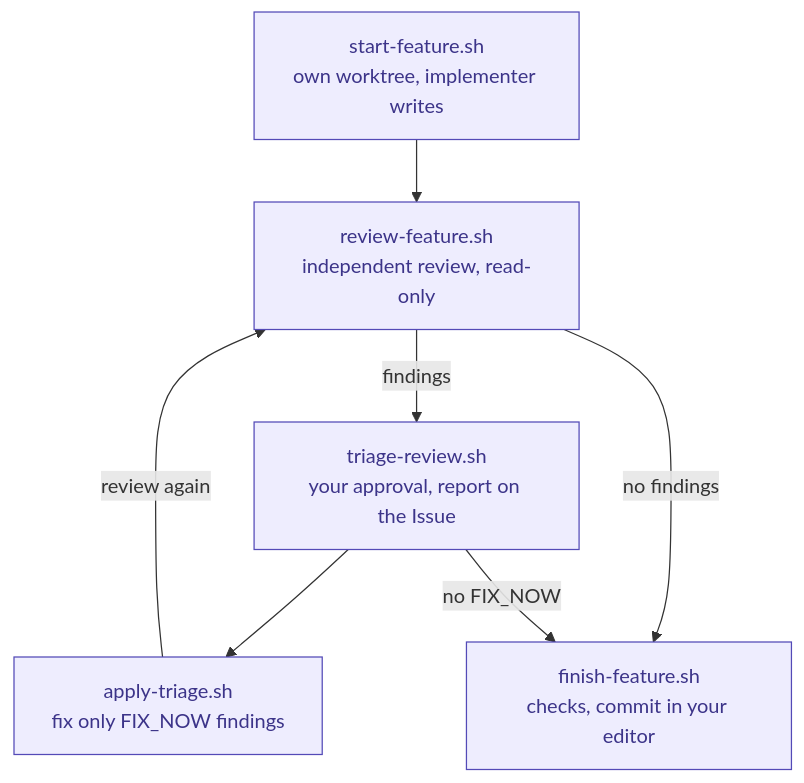
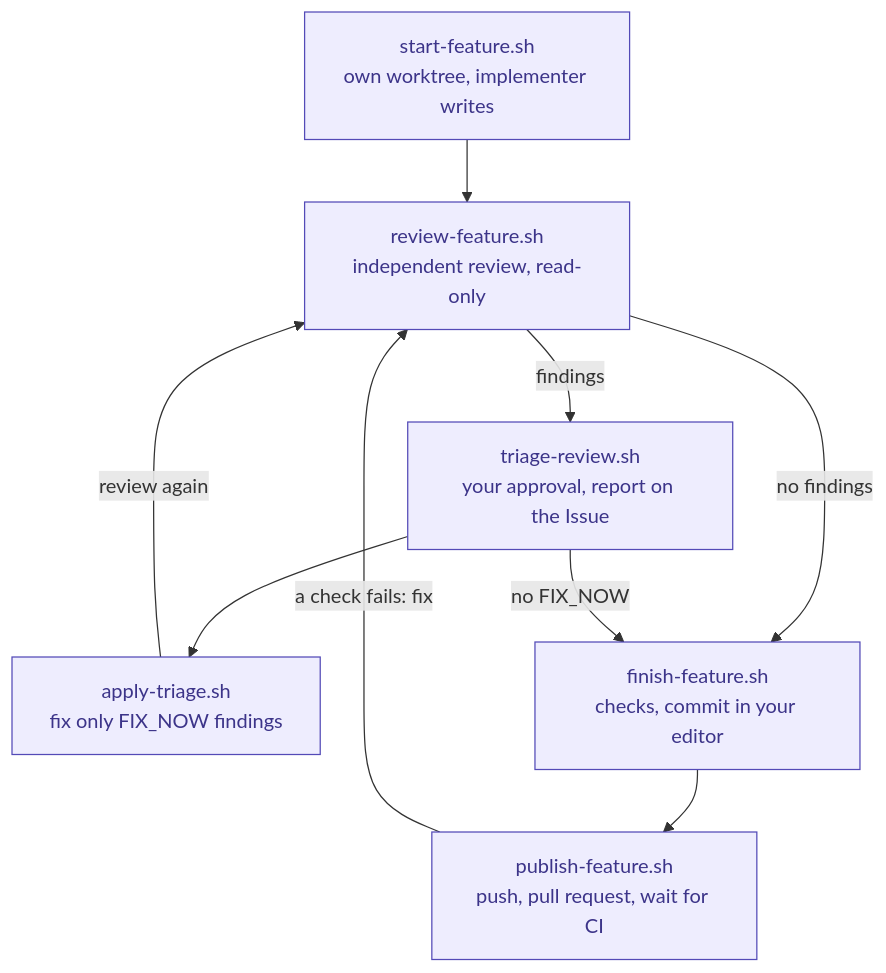
One commit to taspinar/physics-by-construction changed the third of 5 diagrams in docs/workflow.md. Above: the diagram before and after it, drawn with Mermaid. The commit also changed other lines of this file and 24 other files, not shown here.

First line of the commit message:
Sync workflow scripts with the template: publish-feature and worktree setup

````diff
--- a/docs/workflow.md
+++ b/docs/workflow.md
@@ -81,18 +81,21 @@
 ```mermaid
 flowchart TD
   start["start-feature.sh<br/>own worktree, implementer writes"]
   review["review-feature.sh<br/>independent review, read-only"]
   triage["triage-review.sh<br/>your approval, report on the Issue"]
   apply["apply-triage.sh<br/>fix only FIX_NOW findings"]
   finish["finish-feature.sh<br/>checks, commit in your editor"]
+  publish["publish-feature.sh<br/>push, pull request, wait for CI"]
 
   start --> review
   review -- findings --> triage
   triage --> apply
   apply -- review again --> review
   review -- no findings --> finish
   triage -- no FIX_NOW --> finish
+  finish --> publish
+  publish -- a check fails: fix --> review
 
   classDef feat fill:#EEEDFE,stroke:#534AB7,color:#3C3489
-  class start,review,triage,apply,finish feat
+  class start,review,triage,apply,finish,publish feat
 ```
````
